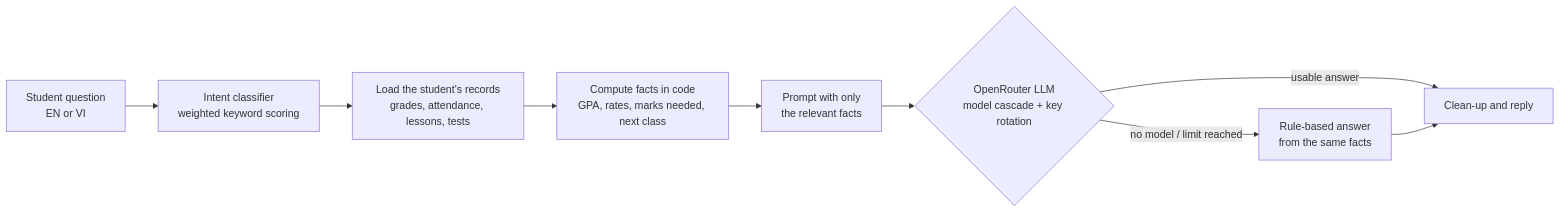
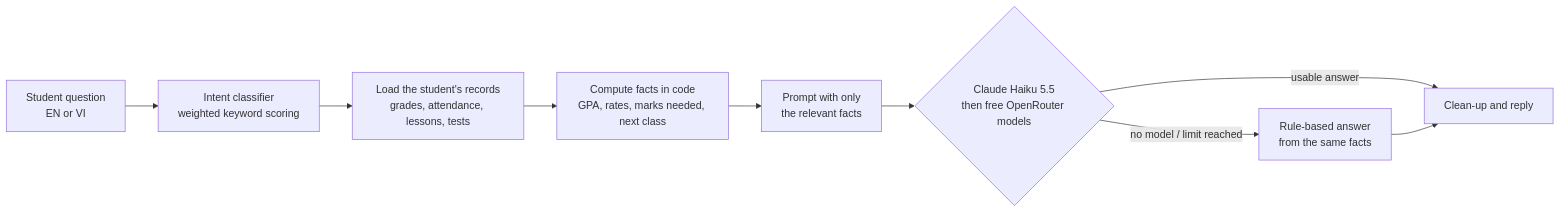
The first of 2 diagrams in README.md (LovroNguyen/AI-Academic-Advisor), drawn with Mermaid before and after one commit. The commit also changed other lines of this file and 20 other files, not shown here.

````diff
--- a/README.md
+++ b/README.md
@@ -53,11 +53,11 @@
 ```mermaid
 flowchart LR
     Q[Student question<br/>EN or VI] --> C[Intent classifier<br/>weighted keyword scoring]
     C --> D[Load the student's records<br/>grades, attendance, lessons, tests]
     D --> F[Compute facts in code<br/>GPA, rates, marks needed, next class]
     F --> P[Prompt with only<br/>the relevant facts]
-    P --> L{OpenRouter LLM<br/>model cascade + key rotation}
+    P --> L{Claude Haiku 5.5<br/>then free OpenRouter models}
     L -- usable answer --> A[Clean-up and reply]
     L -- no model / limit reached --> R[Rule-based answer<br/>from the same facts]
     R --> A
 ```
````
